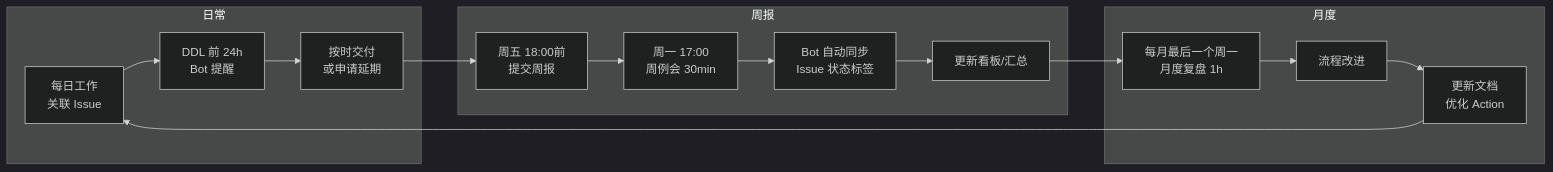
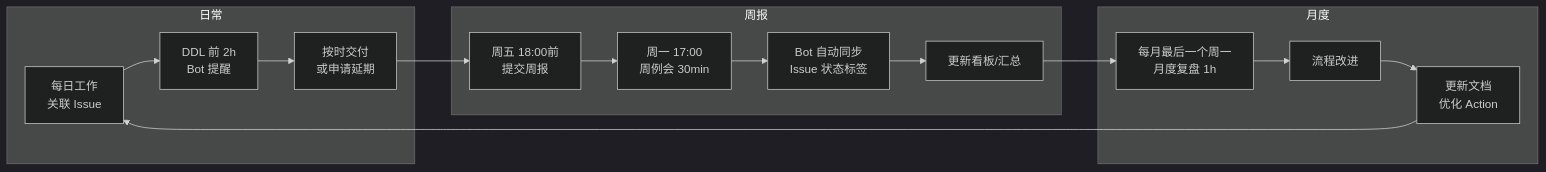
One commit to OpenXiangShan/XiangShanLab changed the sixth of 7 diagrams in XiangShanLab-user-guide/XiangShan-Community-Decentralized-Governance-Strategy.md. Above: the diagram before and after it, drawn with Mermaid (dark theme). The commit also changed other lines of this file and 12 other files, not shown here.

````diff
--- a/XiangShanLab-user-guide/XiangShan-Community-Decentralized-Governance-Strategy.md
+++ b/XiangShanLab-user-guide/XiangShan-Community-Decentralized-Governance-Strategy.md
@@ -398,22 +400,22 @@
 ```mermaid
 flowchart LR
     subgraph 日常
-        A[每日工作<br>关联 Issue] --> B[DDL 前 24h<br>Bot 提醒]
+        A[每日工作<br>关联 Issue] --> B[DDL 前 2h<br>Bot 提醒]
         B --> C[按时交付<br>或申请延期]
     end
 
     subgraph 周报
         D[周五 18:00前<br>提交周报] --> E[周一 17:00<br>周例会 30min]
         E --> F[Bot 自动同步<br>Issue 状态标签]
         F --> G[更新看板/汇总]
     end
 
     subgraph 月度
         H[每月最后一个周一<br>月度复盘 1h] --> I[流程改进]
         I --> J[更新文档<br>优化 Action]
     end
 
     C --> D
     G --> H
     J --> A
 ```
````
